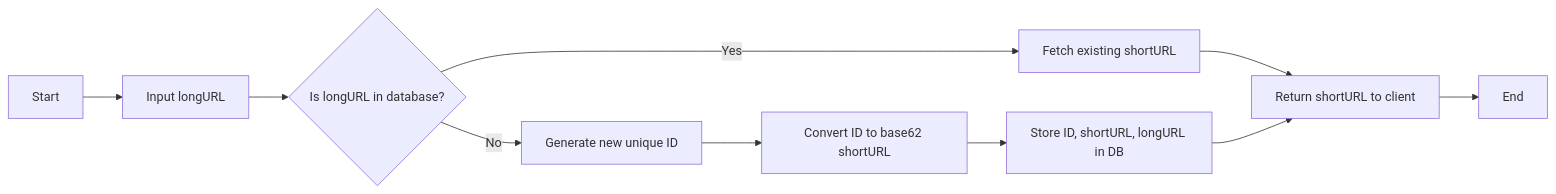
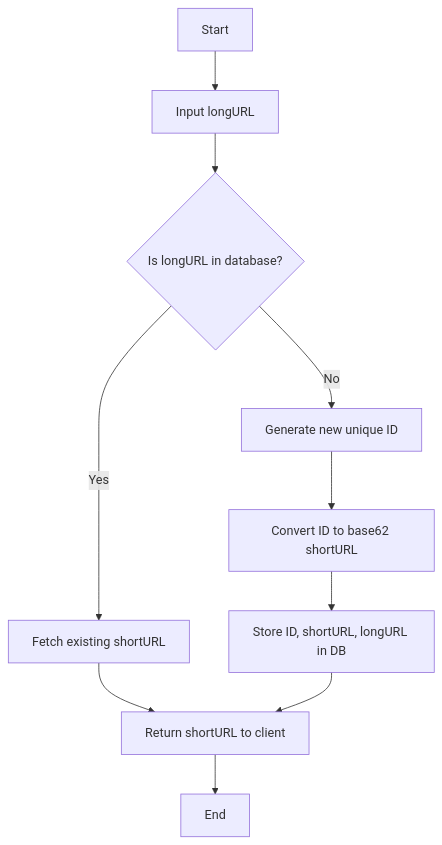
The second of 2 diagrams in System Design/URL Shortener.md (rajankit911/Obsidian), drawn with Mermaid before and after one commit. The commit also changed other lines of this file and 3 other files, not shown here.

````diff
--- a/System Design/URL Shortener.md
+++ b/System Design/URL Shortener.md
@@ -266,12 +266,12 @@
 ```mermaid
-flowchart LR
+flowchart TD
     A[Start] --> B[Input longURL]
     B --> C{Is longURL in database?}
     C -->|Yes| D[Fetch existing shortURL]
     C -->|No| E[Generate new unique ID]
     E --> F[Convert ID to base62 shortURL]
     F --> G[Store ID, shortURL, longURL in DB]
     D --> H[Return shortURL to client]
     G --> H
     H --> I[End]
 ```
````
